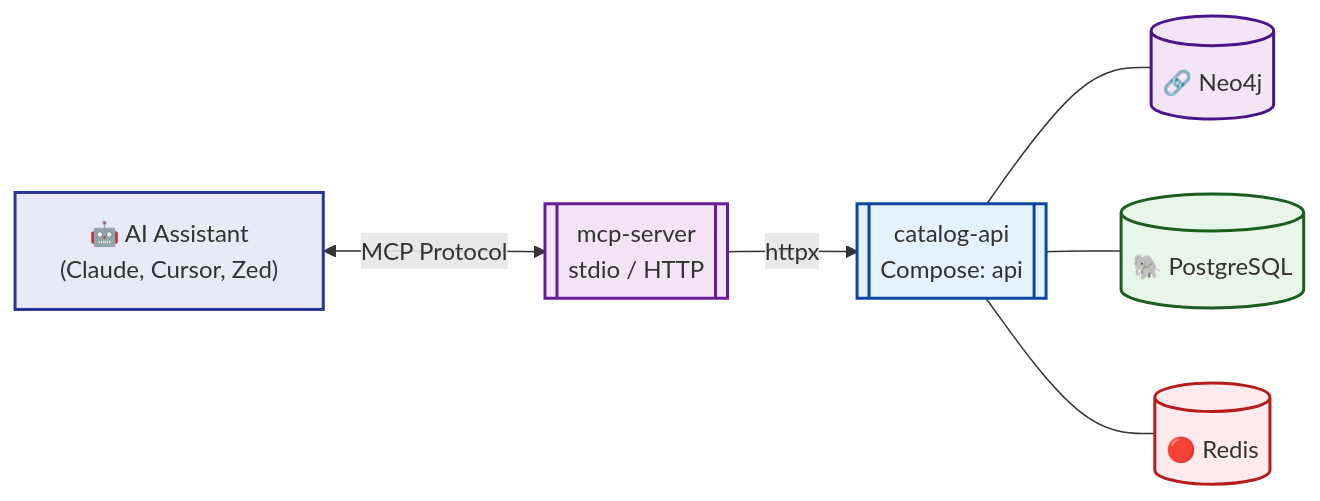
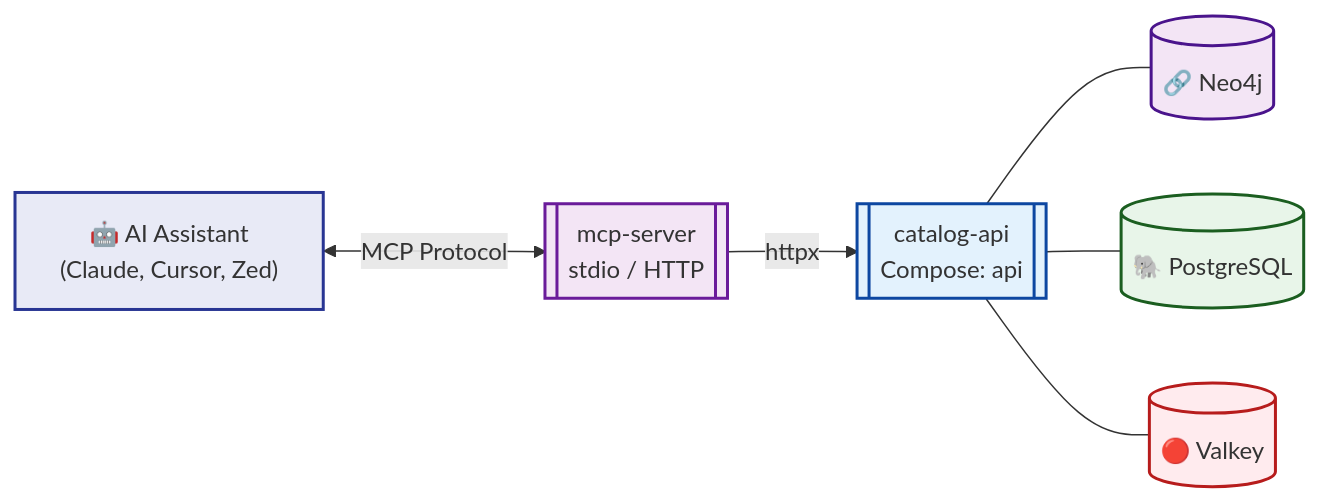
One commit to groovemap-music/deployment changed the fourth of 7 diagrams in docs/architecture.md. Above: the diagram before and after it, drawn with Mermaid. The commit also changed other lines of this file and 10 other files, not shown here.

First line of the commit message:
docs(valkey): sweep deployment docs from Redis to Valkey

````diff
--- a/docs/architecture.md
+++ b/docs/architecture.md
@@ -216,21 +216,21 @@
 ```mermaid
 graph LR
     AI["🤖 AI Assistant<br/>(Claude, Cursor, Zed)"]
     MCP[["mcp-server<br/>stdio / HTTP"]]
     API[["catalog-api<br/>Compose: api"]]
 
     NEO4J[("🔗 Neo4j")]
     PG[("🐘 PostgreSQL")]
-    REDIS[("🔴 Redis")]
+    VALKEY[("🔴 Valkey")]
 
     AI <-->|MCP Protocol| MCP
     MCP -->|httpx| API
-    API --- NEO4J & PG & REDIS
+    API --- NEO4J & PG & VALKEY
 
     style AI fill:#e8eaf6,stroke:#283593,stroke-width:2px
     style MCP fill:#f3e5f5,stroke:#6a1b9a,stroke-width:2px
     style API fill:#e3f2fd,stroke:#0d47a1,stroke-width:2px
     style NEO4J fill:#f3e5f5,stroke:#4a148c,stroke-width:2px
     style PG fill:#e8f5e9,stroke:#1b5e20,stroke-width:2px
-    style REDIS fill:#ffebee,stroke:#b71c1c,stroke-width:2px
+    style VALKEY fill:#ffebee,stroke:#b71c1c,stroke-width:2px
 ```
````
